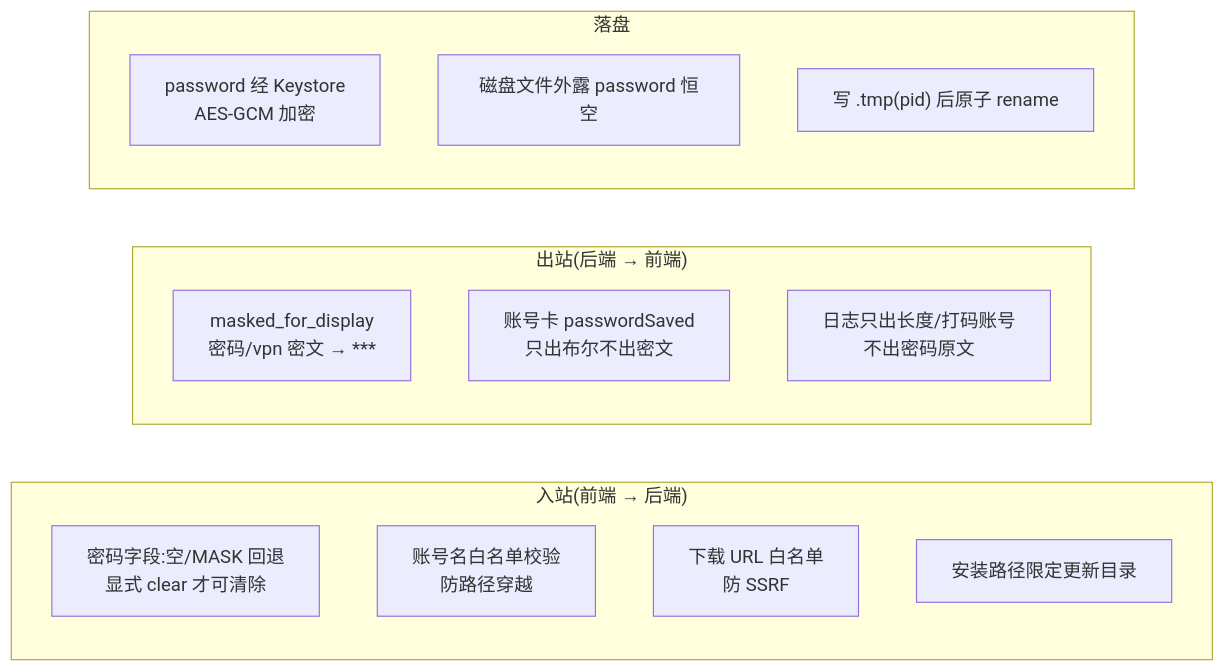
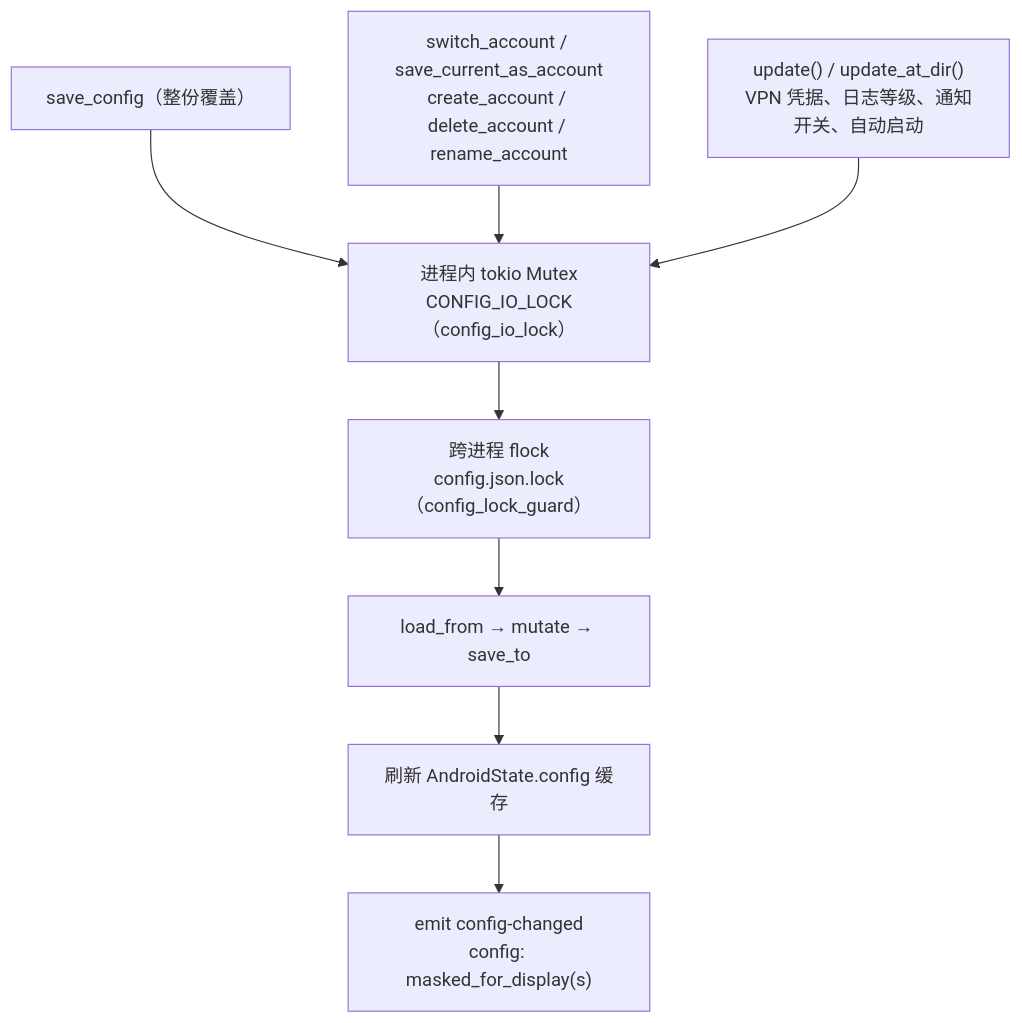
Before and after one commit to ikliml666/Wxxy-CampusLogin: the seventh of 14 diagrams in .codewiki/modules/android-backend-tauri-commands.md, drawn with Mermaid. The commit also changed other lines of this file and 34 other files, not shown here.

````diff
--- a/.codewiki/modules/android-backend-tauri-commands.md
+++ b/.codewiki/modules/android-backend-tauri-commands.md
@@ -278,19 +413,10 @@
 ```mermaid
-flowchart LR
-    subgraph INBOUND["入站(前端 → 后端)"]
-        I1["密码字段:空/MASK 回退<br/>显式 clear 才可清除"]
-        I2["账号名白名单校验<br/>防路径穿越"]
-        I3["下载 URL 白名单<br/>防 SSRF"]
-        I4["安装路径限定更新目录"]
-    end
-    subgraph OUTBOUND["出站(后端 → 前端)"]
-        O1["masked_for_display<br/>密码/vpn 密文 → ***"]
-        O2["账号卡 passwordSaved<br/>只出布尔不出密文"]
-        O3["日志只出长度/打码账号<br/>不出密码原文"]
-    end
-    subgraph DISK["落盘"]
-        D1["password 经 Keystore<br/>AES-GCM 加密"]
-        D2["磁盘文件外露 password 恒空"]
-        D3["写 .tmp(pid) 后原子 rename"]
-    end
+flowchart TB
+    A["save_config（整份覆盖）"] --> L1
+    B["switch_account / save_current_as_account<br/>create_account / delete_account / rename_account"] --> L1
+    C["update() / update_at_dir()<br/>VPN 凭据、日志等级、通知开关、自动启动"] --> L1
+    L1["进程内 tokio Mutex<br/>CONFIG_IO_LOCK（config_io_lock）"] --> L2
+    L2["跨进程 flock<br/>config.json.lock（config_lock_guard）"] --> D
+    D["load_from → mutate → save_to"] --> E["刷新 AndroidState.config 缓存"]
+    E --> F["emit config-changed<br/>config: masked_for_display(s)"]
 ```
````
